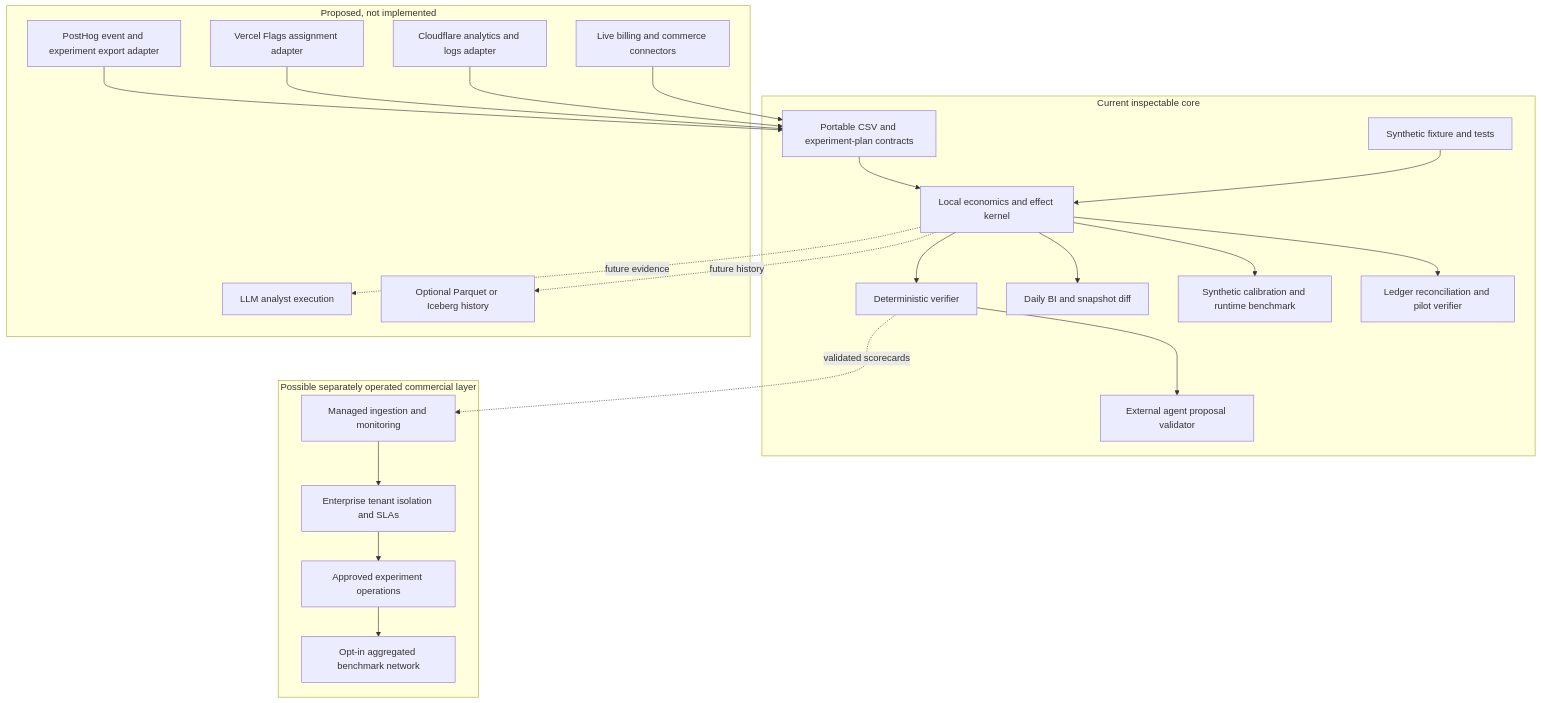
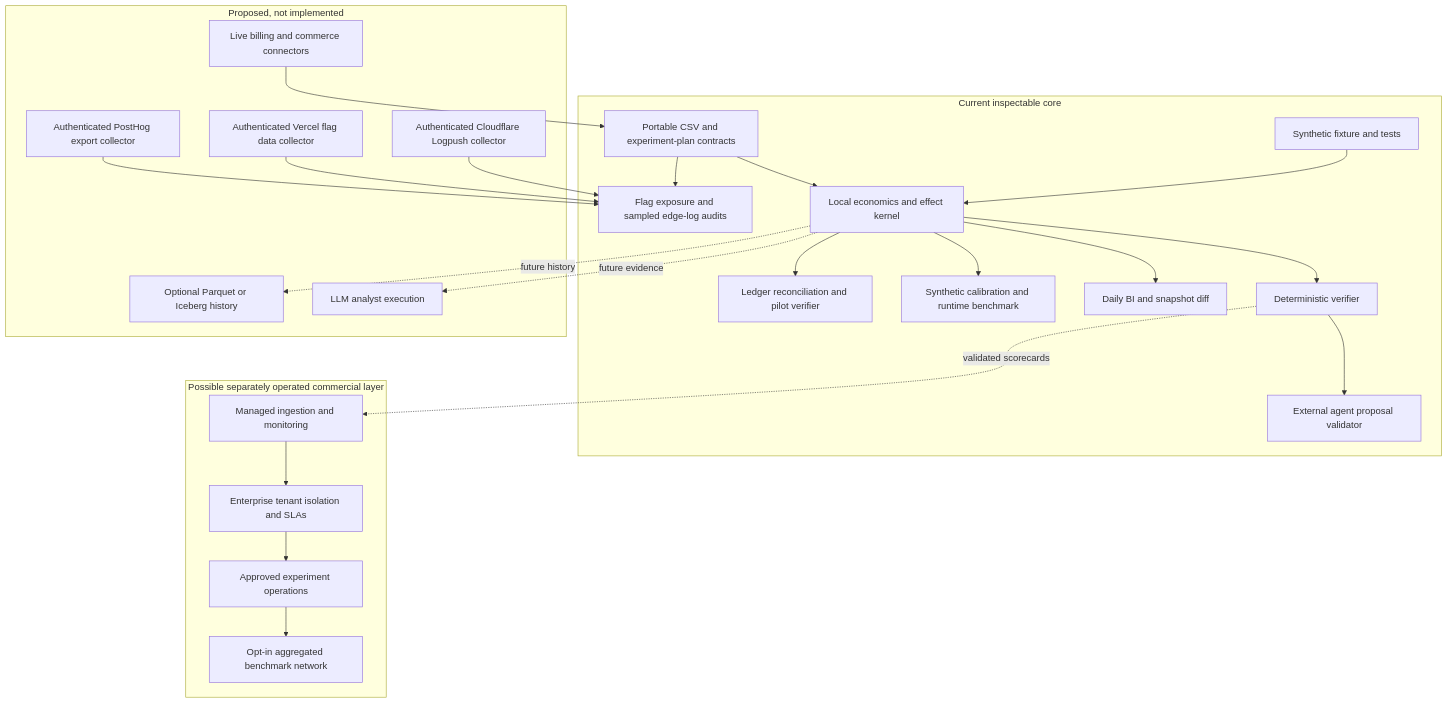
The second of 2 diagrams in README.md (AAH20/growth-decision-engine), drawn with Mermaid before and after one commit. The commit also changed other lines of this file and 12 other files, not shown here.

Commit message:
Add local provider export and sampling audits

````diff
--- a/README.md
+++ b/README.md
@@ -96,41 +98,43 @@
 ```mermaid
 flowchart TB
     subgraph Core[Current inspectable core]
         CSV[Portable CSV and experiment-plan contracts]
         K[Local economics and effect kernel]
         VER[Deterministic verifier]
         BI[Daily BI and snapshot diff]
         PROP[External agent proposal validator]
         FIX[Synthetic fixture and tests]
         CAL[Synthetic calibration and runtime benchmark]
         PILOT[Ledger reconciliation and pilot verifier]
+        AUDIT[Flag exposure and sampled edge-log audits]
         CSV --> K --> VER
         K --> BI
         VER --> PROP
         FIX --> K
         K --> CAL
         K --> PILOT
+        CSV --> AUDIT
     end
     subgraph Next[Proposed, not implemented]
-        P[PostHog event and experiment export adapter]
-        F[Vercel Flags assignment adapter]
-        W[Cloudflare analytics and logs adapter]
+        P[Authenticated PostHog export collector]
+        F[Authenticated Vercel flag data collector]
+        W[Authenticated Cloudflare Logpush collector]
         B[Live billing and commerce connectors]
         AG[LLM analyst execution]
         ICE[Optional Parquet or Iceberg history]
     end
     subgraph Commercial[Possible separately operated commercial layer]
         MAN[Managed ingestion and monitoring]
         TEN[Enterprise tenant isolation and SLAs]
         OPT[Approved experiment operations]
         NET[Opt-in aggregated benchmark network]
     end
-    P --> CSV
-    F --> CSV
-    W --> CSV
+    P --> AUDIT
+    F --> AUDIT
+    W --> AUDIT
     B --> CSV
     K -. future evidence .-> AG
     K -. future history .-> ICE
     VER -. validated scorecards .-> MAN
     MAN --> TEN --> OPT --> NET
 ```
````
